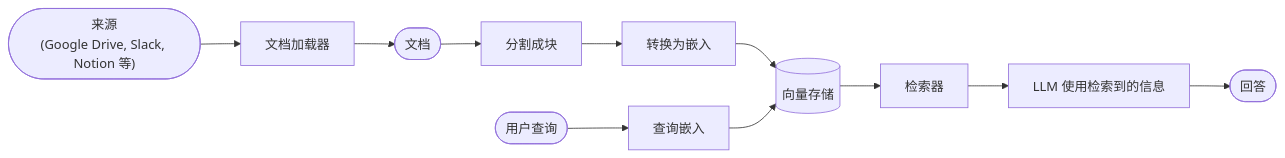
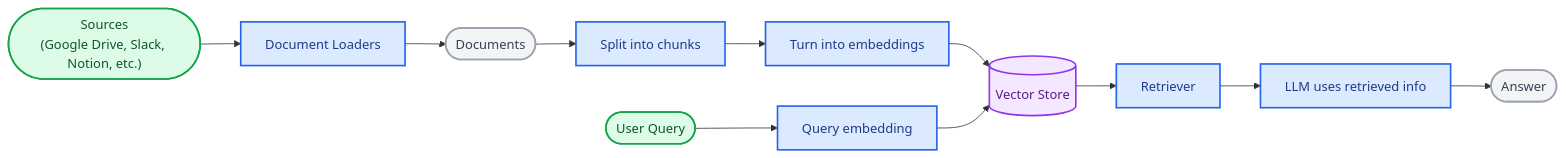
The first of 4 diagrams in oss/javascript/langchain/retrieval.mdx (kunfan96/cndocs-langchain), drawn with Mermaid before and after one commit. The commit also changed other lines of this file and 2611 other files, not shown here.

````diff
--- a/oss/javascript/langchain/retrieval.mdx
+++ b/oss/javascript/langchain/retrieval.mdx
@@ -47,13 +47,23 @@
 ```mermaid
 flowchart LR
-  S(["来源<br>(Google Drive, Slack, Notion 等)"]) --> L[文档加载器]
-  L --> A([文档])
-  A --> B[分割成块]
-  B --> C[转换为嵌入]
-  C --> D[(向量存储)]
-  Q([用户查询]) --> E[查询嵌入]
+  S(["Sources<br>(Google Drive, Slack, Notion, etc.)"]) --> L[Document Loaders]
+  L --> A([Documents])
+  A --> B[Split into chunks]
+  B --> C[Turn into embeddings]
+  C --> D[(Vector Store)]
+  Q([User Query]) --> E[Query embedding]
   E --> D
-  D --> F[检索器]
-  F --> G[LLM 使用检索到的信息]
-  G --> H([回答])
+  D --> F[Retriever]
+  F --> G[LLM uses retrieved info]
+  G --> H([Answer])
+
+  classDef trigger fill:#DCFCE7,stroke:#16A34A,stroke-width:2px,color:#14532D
+  classDef process fill:#DBEAFE,stroke:#2563EB,stroke-width:2px,color:#1E3A8A
+  classDef output fill:#F3E8FF,stroke:#9333EA,stroke-width:2px,color:#581C87
+  classDef neutral fill:#F3F4F6,stroke:#9CA3AF,stroke-width:2px,color:#374151
+
+  class S,Q trigger
+  class L,B,C,E,F,G process
+  class D output
+  class A,H neutral
 ```
````
